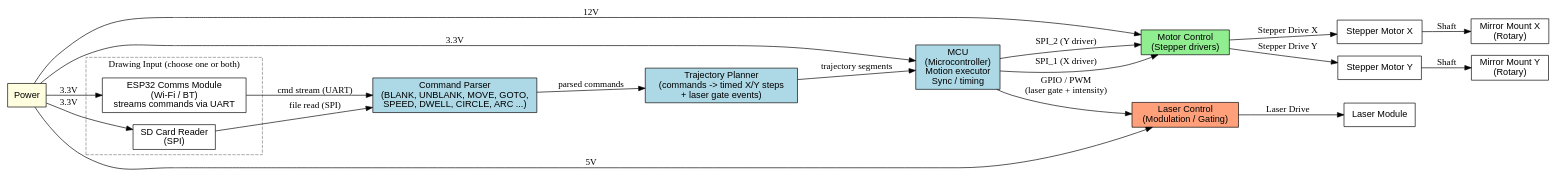
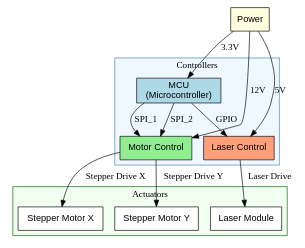
One commit to SteveMayze/Laser-Projector changed the diagram in docs/design/block-diagram.dot. Above: the diagram before and after it, drawn with Graphviz.

Commit message:
Reorganise block diagram to TB layout with Controllers and Actuators clusters

```diff
--- a/docs/design/block-diagram.dot
+++ b/docs/design/block-diagram.dot
@@ -1,57 +1,46 @@
 digraph BlockDiagram {
-    rankdir=LR;
+    rankdir=TB;
     node [shape=box, style=filled, fillcolor=lightgrey, fontname="Helvetica"];
 
     // ── Power ──────────────────────────────────────────────────────────────
     Power [label="Power", fillcolor=lightyellow];
 
-    // ── Input Sources (choose one or both) ────────────────────────────────
-    subgraph cluster_input {
-        label="Drawing Input (choose one or both)";
-        style=dashed;
-        color=grey;
-        SDCardReader [label="SD Card Reader\n(SPI)", fillcolor=white];
-        ESP32        [label="ESP32 Comms Module\n(Wi-Fi / BT)\nstreams commands via UART", fillcolor=white];
+    // ── Controllers cluster ────────────────────────────────────────────────
+    subgraph cluster_controllers {
+        label="Controllers";
+        style=filled;
+        fillcolor=aliceblue;
+        color=steelblue;
+
+        MCU          [label="MCU\n(Microcontroller)", fillcolor=lightblue];
+        MotorControl [label="Motor Control", fillcolor=lightgreen];
+        LaserControl [label="Laser Control", fillcolor=lightsalmon];
     }
 
-    // ── Firmware pipeline (runs on MCU) ───────────────────────────────────
-    CommandParser     [label="Command Parser\n(BLANK, UNBLANK, MOVE, GOTO,\nSPEED, DWELL, CIRCLE, ARC ...)", fillcolor=lightblue];
-    TrajectoryPlanner [label="Trajectory Planner\n(commands -> timed X/Y steps\n+ laser gate events)", fillcolor=lightblue];
-    MCU               [label="MCU\n(Microcontroller)\nMotion executor\nSync / timing", fillcolor=lightblue];
+    // ── Actuators cluster ──────────────────────────────────────────────────
+    subgraph cluster_actuators {
+        label="Actuators";
+        style=filled;
+        fillcolor=honeydew;
+        color=darkgreen;
 
-    // ── Control blocks ─────────────────────────────────────────────────────
-    MotorControl [label="Motor Control\n(Stepper drivers)", fillcolor=lightgreen];
-    LaserControl [label="Laser Control\n(Modulation / Gating)", fillcolor=lightsalmon];
+        StepperX    [label="Stepper Motor X", fillcolor=white];
+        StepperY    [label="Stepper Motor Y", fillcolor=white];
+        LaserModule [label="Laser Module", fillcolor=white];
+    }
 
-    // ── Actuators ──────────────────────────────────────────────────────────
-    StepperX     [label="Stepper Motor X", fillcolor=white];
-    StepperY     [label="Stepper Motor Y", fillcolor=white];
-    MirrorMountX [label="Mirror Mount X\n(Rotary)", fillcolor=white];
-    MirrorMountY [label="Mirror Mount Y\n(Rotary)", fillcolor=white];
-    LaserModule  [label="Laser Module", fillcolor=white];
-
-    // ── Power distribution ────────────────────────────────────────────────
+    // ── Power outputs ──────────────────────────────────────────────────────
     Power -> MCU          [label="3.3V"];
     Power -> LaserControl [label="5V"];
     Power -> MotorControl [label="12V"];
-    Power -> SDCardReader [label="3.3V"];
-    Power -> ESP32        [label="3.3V"];
 
-    // ── Data path: input -> parse -> plan -> execute ───────────────────────
-    SDCardReader      -> CommandParser     [label="file read (SPI)"];
-    ESP32             -> CommandParser     [label="cmd stream (UART)"];
-    CommandParser     -> TrajectoryPlanner [label="parsed commands"];
-    TrajectoryPlanner -> MCU               [label="trajectory segments"];
-
-    // ── MCU -> control blocks ─────────────────────────────────────────────
-    MCU -> MotorControl [label="SPI_1 (X driver)"];
-    MCU -> MotorControl [label="SPI_2 (Y driver)"];
-    MCU -> LaserControl [label="GPIO / PWM\n(laser gate + intensity)"];
+    // ── MCU outputs ────────────────────────────────────────────────────────
+    MCU -> MotorControl [label="SPI_1"];
+    MCU -> MotorControl [label="SPI_2"];
+    MCU -> LaserControl [label="GPIO"];
 
     // ── Actuator connections ───────────────────────────────────────────────
-    MotorControl -> StepperX     [label="Stepper Drive X"];
-    MotorControl -> StepperY     [label="Stepper Drive Y"];
-    StepperX     -> MirrorMountX [label="Shaft"];
-    StepperY     -> MirrorMountY [label="Shaft"];
-    LaserControl -> LaserModule  [label="Laser Drive"];
+    MotorControl -> StepperX    [label="Stepper Drive X"];
+    MotorControl -> StepperY    [label="Stepper Drive Y"];
+    LaserControl -> LaserModule [label="Laser Drive"];
 }
```
